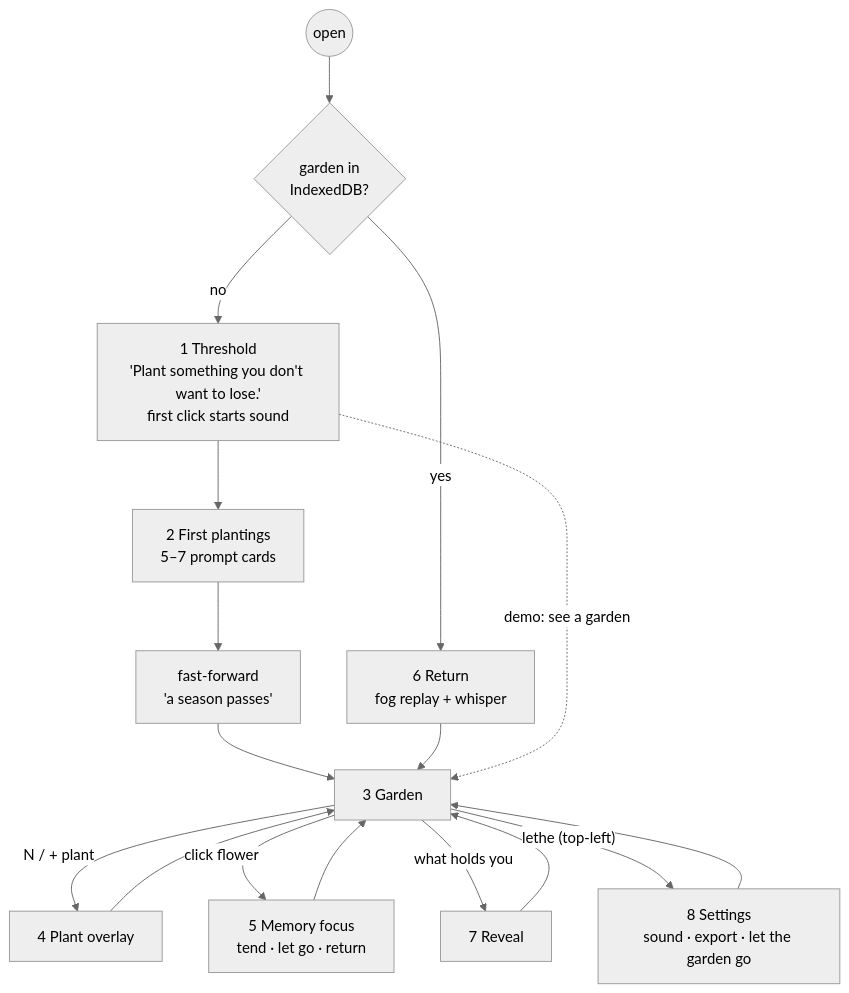
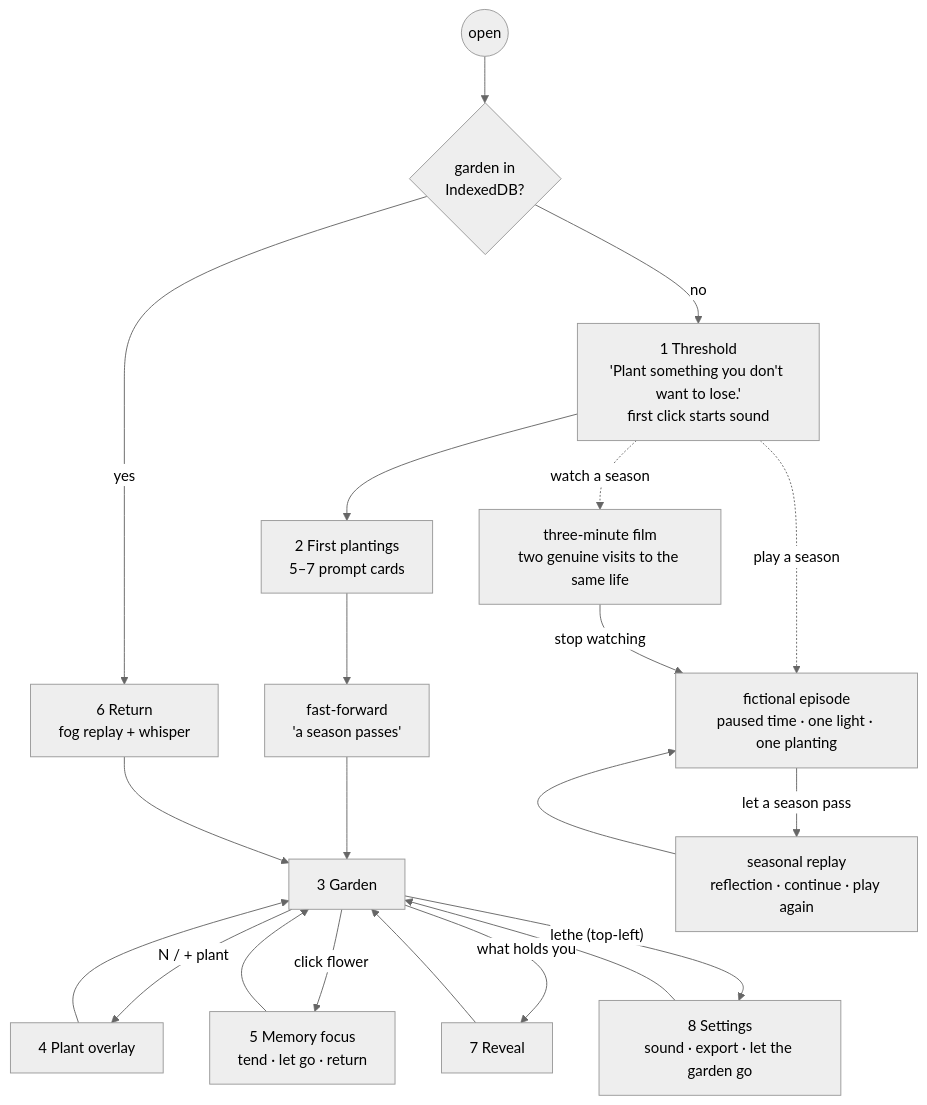
The eighth of 9 diagrams in docs/architecture.md (InfectedDuck/Lethe), drawn with Mermaid (neutral theme) before and after one commit. The commit also changed other lines of this file and 33 other files, not shown here.

````diff
--- a/docs/architecture.md
+++ b/docs/architecture.md
@@ -197,19 +197,23 @@
 ```mermaid
 flowchart TD
   start((open)) --> has{"garden in<br/>IndexedDB?"}
   has -- no --> T1["1 Threshold<br/>'Plant something you don't want to lose.'<br/>first click starts sound"]
   T1 --> T2["2 First plantings<br/>5–7 prompt cards"]
   T2 --> FF["fast-forward<br/>'a season passes'"]
   FF --> G3
   has -- yes --> R6["6 Return<br/>fog replay + whisper"]
   R6 --> G3["3 Garden"]
   G3 -- "N / + plant" --> P4["4 Plant overlay"]
   P4 --> G3
   G3 -- click flower --> M5["5 Memory focus<br/>tend · let go · return"]
   M5 --> G3
   G3 -- "what holds you" --> W7["7 Reveal"]
   W7 --> G3
   G3 -- "lethe (top-left)" --> S8["8 Settings<br/>sound · export · let the garden go"]
   S8 --> G3
-  T1 -. "demo: see a garden" .-> G3
+  T1 -. "play a season" .-> E9["fictional episode<br/>paused time · one light · one planting"]
+  T1 -. "watch a season" .-> F10["three-minute film<br/>two genuine visits to the same life"]
+  E9 -- "let a season pass" --> ER11["seasonal replay<br/>reflection · continue · play again"]
+  ER11 --> E9
+  F10 -- "stop watching" --> E9
 ```
````
